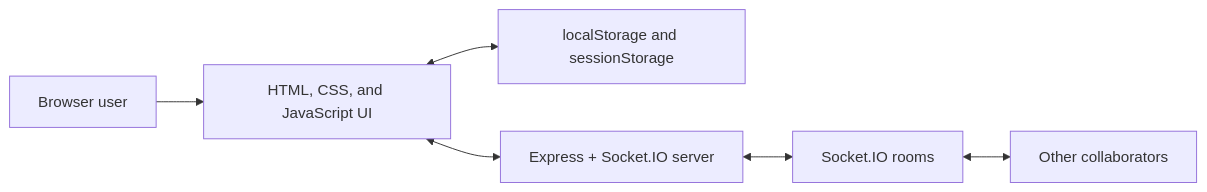
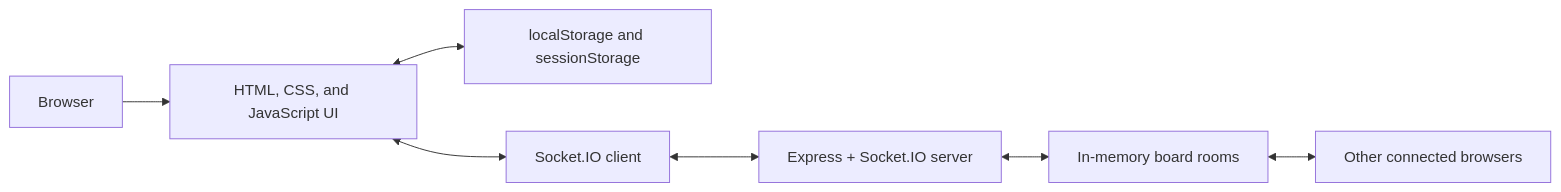
The third of 3 diagrams in README.md (RobinChahal0010/Live-Canvas), drawn with Mermaid before and after one commit. The commit also changed other lines of this file, not shown here.

````diff
--- a/README.md
+++ b/README.md
@@ -33,8 +87,9 @@
 ```mermaid
 flowchart LR
-    U[Browser user] --> P[HTML, CSS, and JavaScript UI]
-    P <--> L[localStorage and sessionStorage]
-    P <--> S[Express + Socket.IO server]
-    S <--> R[Socket.IO rooms]
-    R <--> C[Other collaborators]
+    U[Browser] --> UI[HTML, CSS, and JavaScript UI]
+    UI <--> LS[localStorage and sessionStorage]
+    UI <--> IO[Socket.IO client]
+    IO <--> S[Express + Socket.IO server]
+    S <--> R[In-memory board rooms]
+    R <--> C[Other connected browsers]
 ```
````
